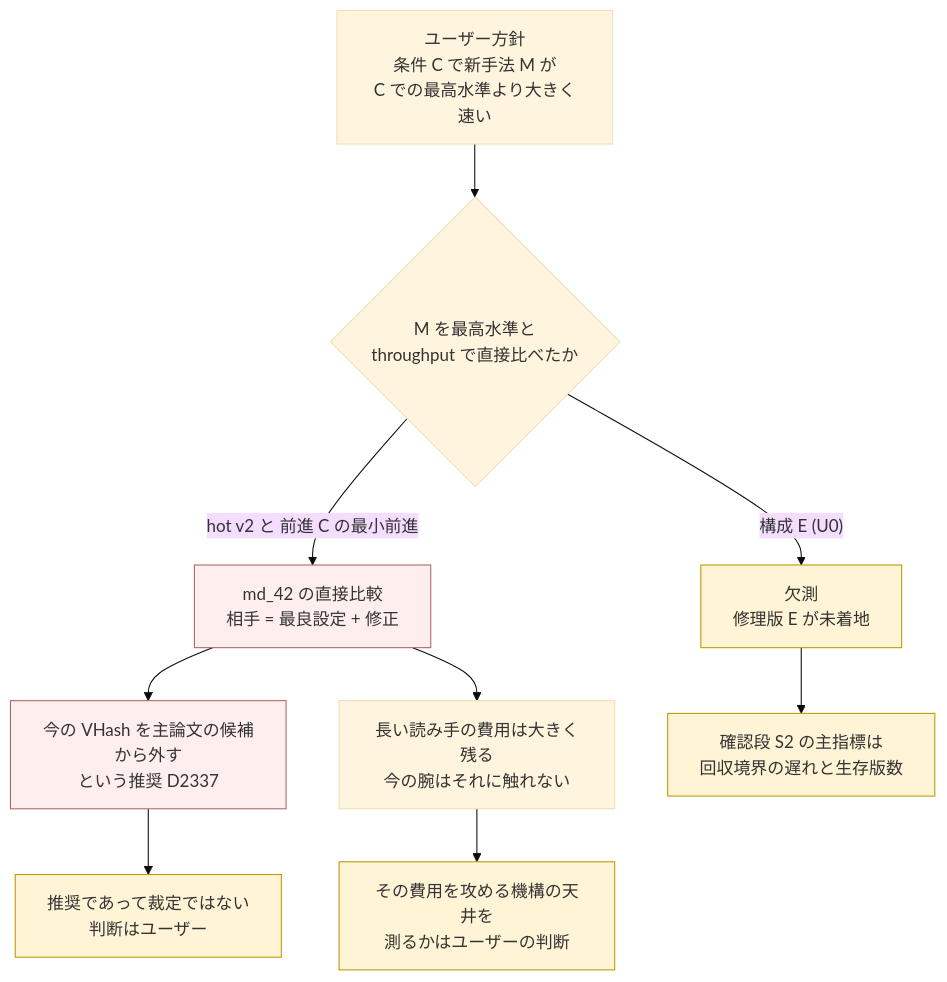
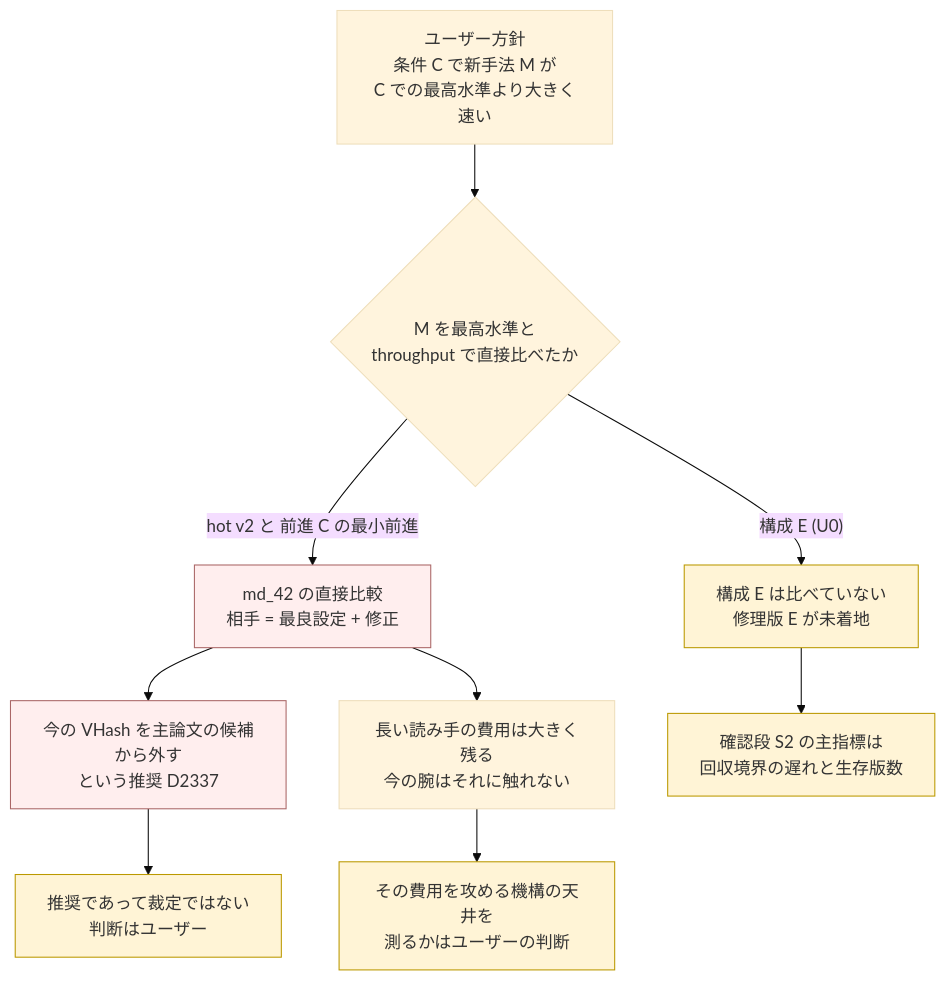
One commit to thawk105/izanagi changed the second of 41 diagrams in docs/paper-story-vhash/2026-10-01.md. Above: the diagram before and after it, drawn with Mermaid (base theme). The commit also changed other lines of this file and 4 other files, not shown here.

First line of the commit message:
docs(vhash): [T-2938]・[T-2958] 段 6 レビュー所見の直し (H1 の主指標、待ちの下限、S1 と S2 の比較相手、方策 b の分岐、3 版目の誤記 1 件、Mermaid の判定語)

````diff
--- a/docs/paper-story-vhash/2026-10-01.md
+++ b/docs/paper-story-vhash/2026-10-01.md
@@ -102,14 +102,14 @@
 ```mermaid
 flowchart TB
   pol["ユーザー方針<br/>条件 C で新手法 M が<br/>C での最高水準より大きく速い"]
   pol --> q1{"M を最高水準と<br/>throughput で直接比べたか"}
   q1 -->|"hot v2 と 前進 C の最小前進"| m42["md_42 の直接比較<br/>相手 = 最良設定 + 修正"]:::neg
-  q1 -->|"構成 E (U0)"| miss["欠測<br/>修理版 E が未着地"]:::open
+  q1 -->|"構成 E (U0)"| miss["構成 E は比べていない<br/>修理版 E が未着地"]:::open
   m42 --> rec["今の VHash を主論文の候補から外す<br/>という推奨 D2337"]:::neg
   rec --> who["推奨であって裁定ではない<br/>判断はユーザー"]:::open
   miss --> s2["確認段 S2 の主指標は<br/>回収境界の遅れと生存版数"]:::open
   m42 --> rest["長い読み手の費用は大きく残る<br/>今の腕はそれに触れない"]
   rest --> t2970["その費用を攻める機構の天井を<br/>測るかはユーザーの判断"]:::open
   classDef neg fill:#fee,stroke:#a66
   classDef open fill:#fff4d6,stroke:#b90
 ```
````
